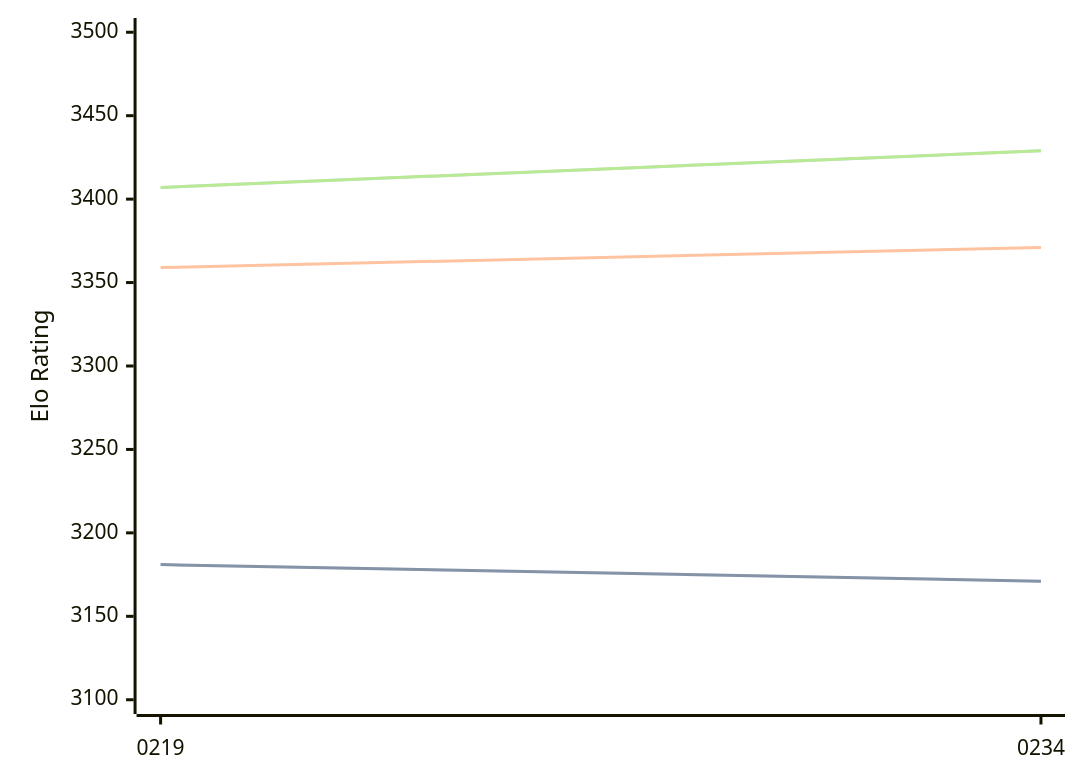
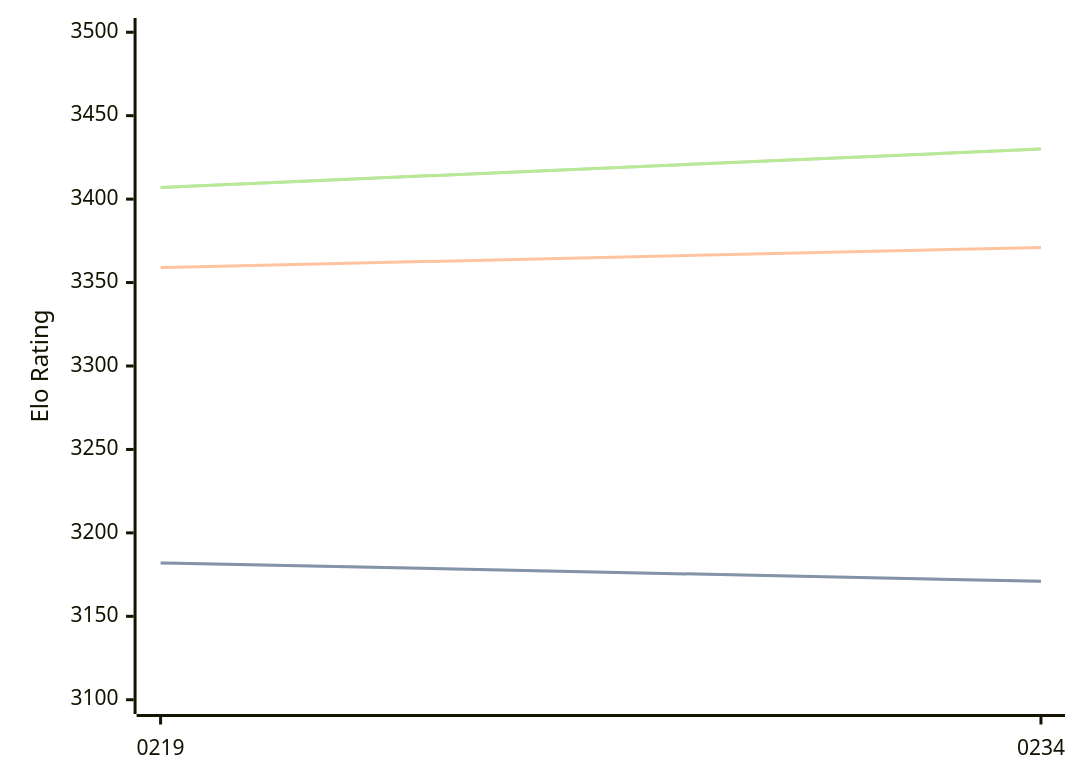
Before and after one commit to computer-chess-index/cci: the diagram in engines/Ynode.md, drawn with Mermaid. The commit also changed other lines of this file, not shown here.

Commit message:
Update CCI Ratings (ELO VLTC) - 2026-04-19

````diff
--- a/engines/Ynode.md
+++ b/engines/Ynode.md
@@ -39,11 +39,11 @@
 ```mermaid
 %%{init: {"theme":"base","themeVariables":{"seriesColors:['#a3a3a3','#222221','#faa371']}}}%%
 xychart-beta
   x-axis ["0219", "0234"]
   y-axis "Elo Rating" 3100 --> 3500
-  line "STC (8.0+0.08s)" [3181, 3171]
-  line "STC (8.0+0.08s)" [3181, 3171]
+  line "STC (8.0+0.08s)" [3182, 3171]
+  line "STC (8.0+0.08s)" [3182, 3171]
   line "LTC (60.0+0.60s)" [3359, 3371]
-  line "VLTC (2m24s+1.12s)" [3407, 3429]
-  line "VLTC (2m24s+1.12s)" [3407, 3429]
+  line "VLTC (2m24s+1.12s)" [3407, 3430]
+  line "VLTC (2m24s+1.12s)" [3407, 3430]
 ```
````
